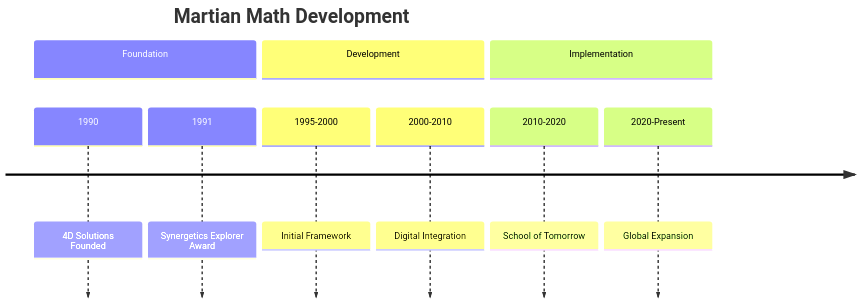
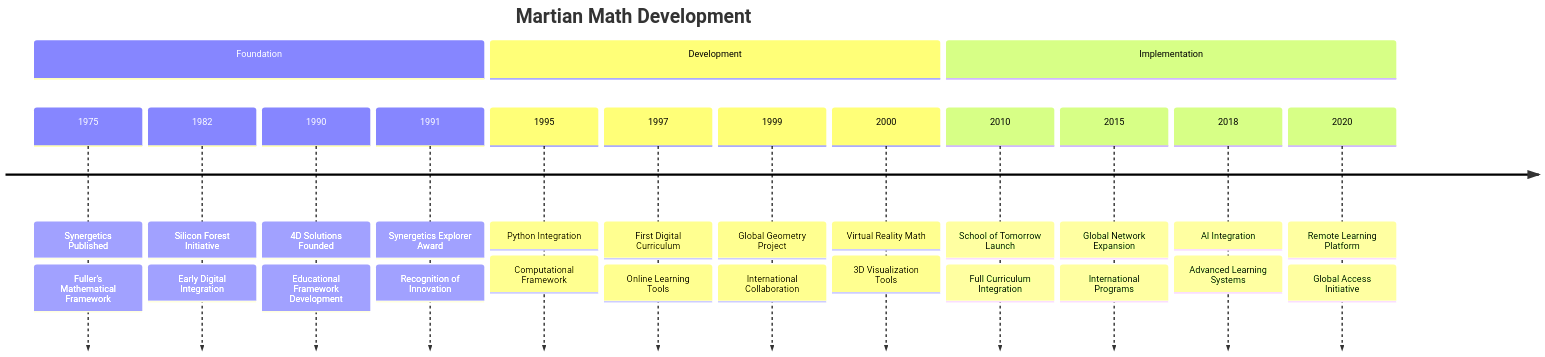
One commit to docxology/School_of_Tomorrow changed the first of 8 diagrams in concepts/Martian_Math.md. Above: the diagram before and after it, drawn with Mermaid. The commit also changed other lines of this file and 2 other files, not shown here.

````diff
--- a/concepts/Martian_Math.md
+++ b/concepts/Martian_Math.md
@@ -21,13 +21,31 @@
 ```mermaid
 timeline
     title Martian Math Development
     section Foundation
+        1975 : Synergetics Published
+            : Fuller's Mathematical Framework
+        1982 : Silicon Forest Initiative
+            : Early Digital Integration
         1990 : 4D Solutions Founded
+            : Educational Framework Development
         1991 : Synergetics Explorer Award
+            : Recognition of Innovation
     section Development
-        1995-2000 : Initial Framework
-        2000-2010 : Digital Integration
+        1995 : Python Integration
+            : Computational Framework
+        1997 : First Digital Curriculum
+            : Online Learning Tools
+        1999 : Global Geometry Project
+            : International Collaboration
+        2000 : Virtual Reality Math
+            : 3D Visualization Tools
     section Implementation
-        2010-2020 : School of Tomorrow
-        2020-Present : Global Expansion
+        2010 : School of Tomorrow Launch
+            : Full Curriculum Integration
+        2015 : Global Network Expansion
+            : International Programs
+        2018 : AI Integration
+            : Advanced Learning Systems
+        2020 : Remote Learning Platform
+            : Global Access Initiative
 ```
````
